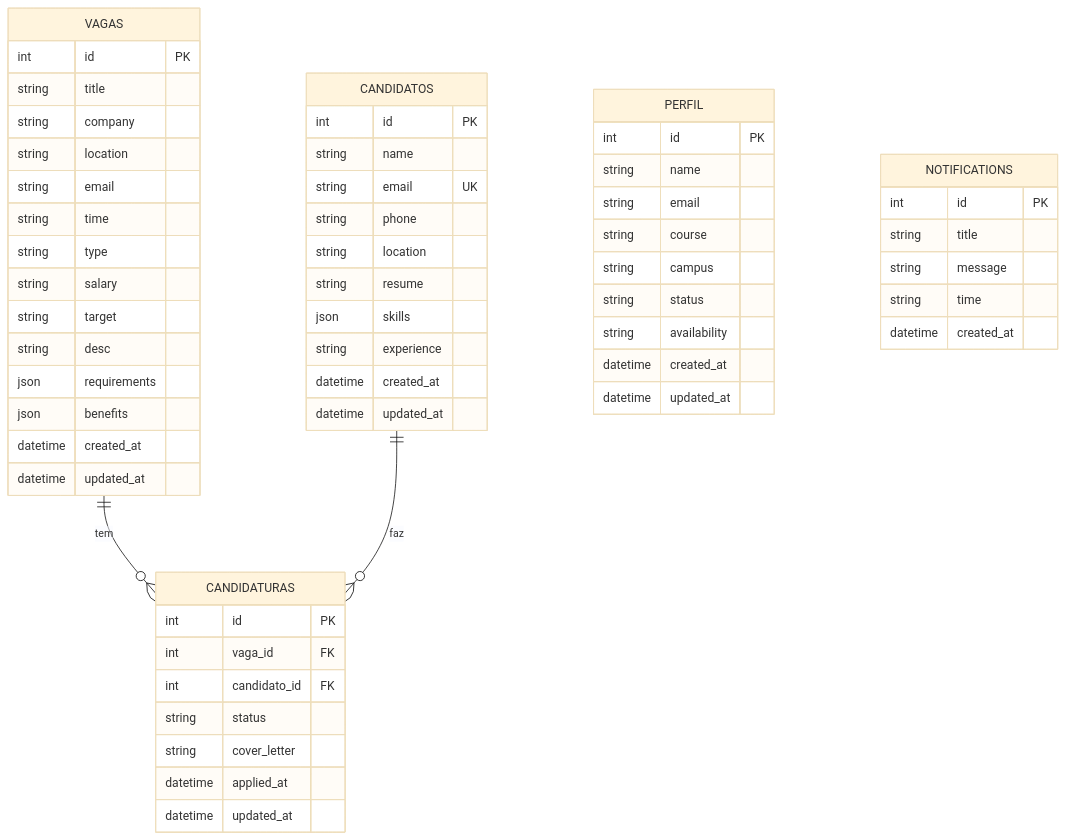
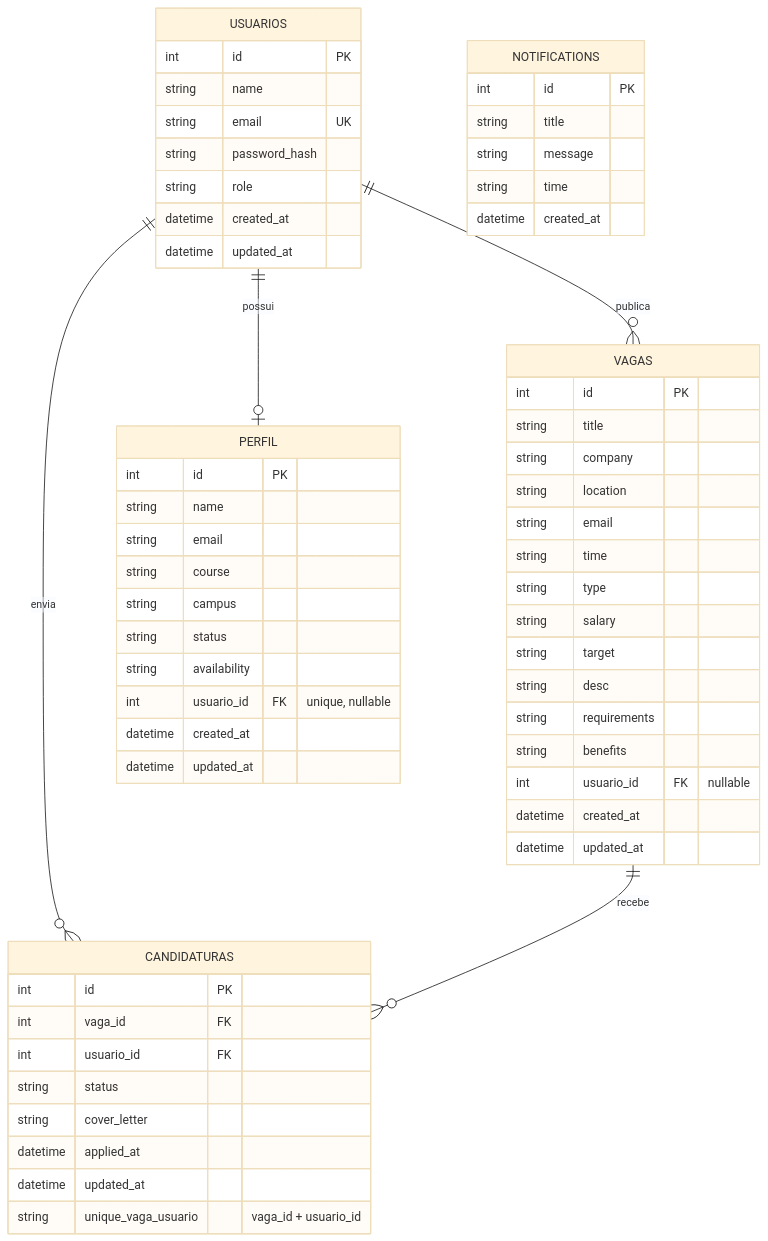
The diagram in ImpulsionaEstagio-main/docs/erd-migration.mmd (iago-cardoso8/ImpulsionaEstagio-main-TCC), drawn with Mermaid (base theme) before and after one commit. The commit also changed 1 other file, not shown here.

Commit message:
docs: atualizar documentação funcional e diagrama ERD

```diff
--- a/ImpulsionaEstagio-main/docs/erd-migration.mmd
+++ b/ImpulsionaEstagio-main/docs/erd-migration.mmd
@@ -1,63 +1,65 @@
 erDiagram
-    VAGAS ||--o{ CANDIDATURAS : "tem"
-    CANDIDATOS ||--o{ CANDIDATURAS : "faz"
+    USUARIOS ||--o{ VAGAS : "publica"
+    USUARIOS ||--o| PERFIL : "possui"
+    USUARIOS ||--o{ CANDIDATURAS : "envia"
+    VAGAS ||--o{ CANDIDATURAS : "recebe"
+
+    USUARIOS {
+        int id PK
+        string name
+        string email UK
+        string password_hash
+        string role
+        datetime created_at
+        datetime updated_at
+    }
 
     VAGAS {
         int id PK
         string title
         string company
         string location
         string email
         string time
         string type
         string salary
         string target
         string desc
-        json requirements
-        json benefits
+        string requirements
+        string benefits
+        int usuario_id FK "nullable"
         datetime created_at
-        datetime updated_at
-    }
-
-    CANDIDATOS {
-        int id PK
-        string name
-        string email UK
-        string phone
-        string location
-        string resume
-        json skills
-        string experience
-        datetime created_at
-        datetime updated_at
-    }
-
-    CANDIDATURAS {
-        int id PK
-        int vaga_id FK
-        int candidato_id FK
-        string status
-        string cover_letter
-        datetime applied_at
         datetime updated_at
     }
 
     PERFIL {
         int id PK
         string name
         string email
         string course
         string campus
         string status
         string availability
+        int usuario_id FK "unique, nullable"
         datetime created_at
         datetime updated_at
+    }
+
+    CANDIDATURAS {
+        int id PK
+        int vaga_id FK
+        int usuario_id FK
+        string status
+        string cover_letter
+        datetime applied_at
+        datetime updated_at
+        string unique_vaga_usuario "vaga_id + usuario_id"
     }
 
     NOTIFICATIONS {
         int id PK
         string title
         string message
         string time
         datetime created_at
     }
```
